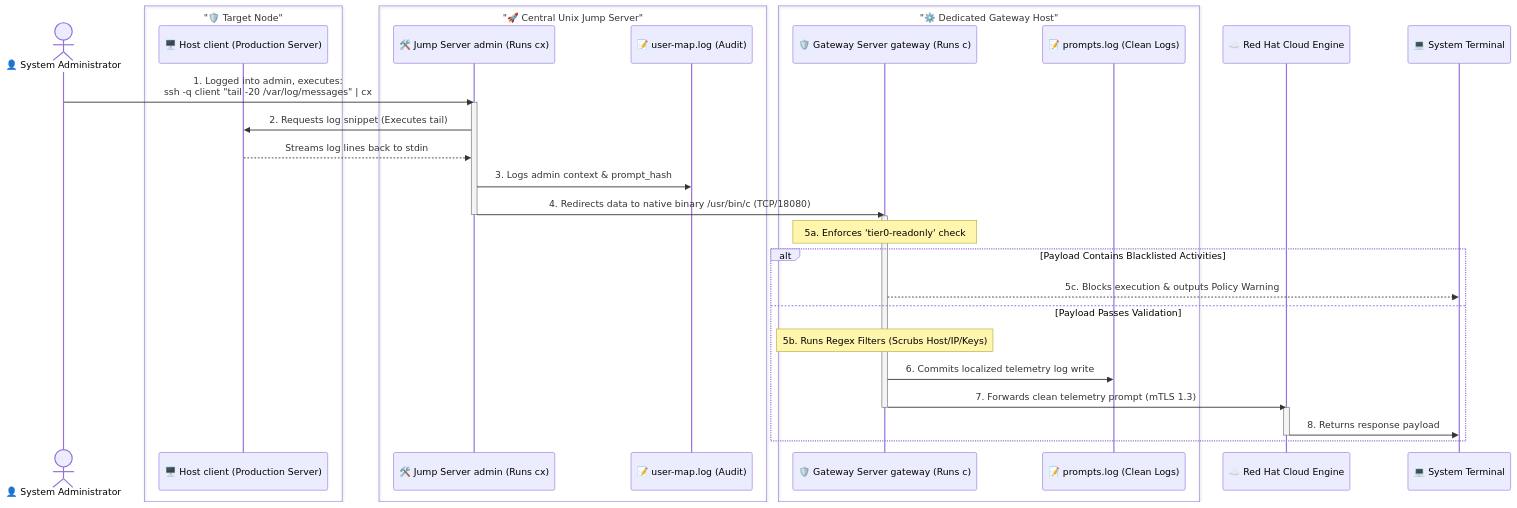
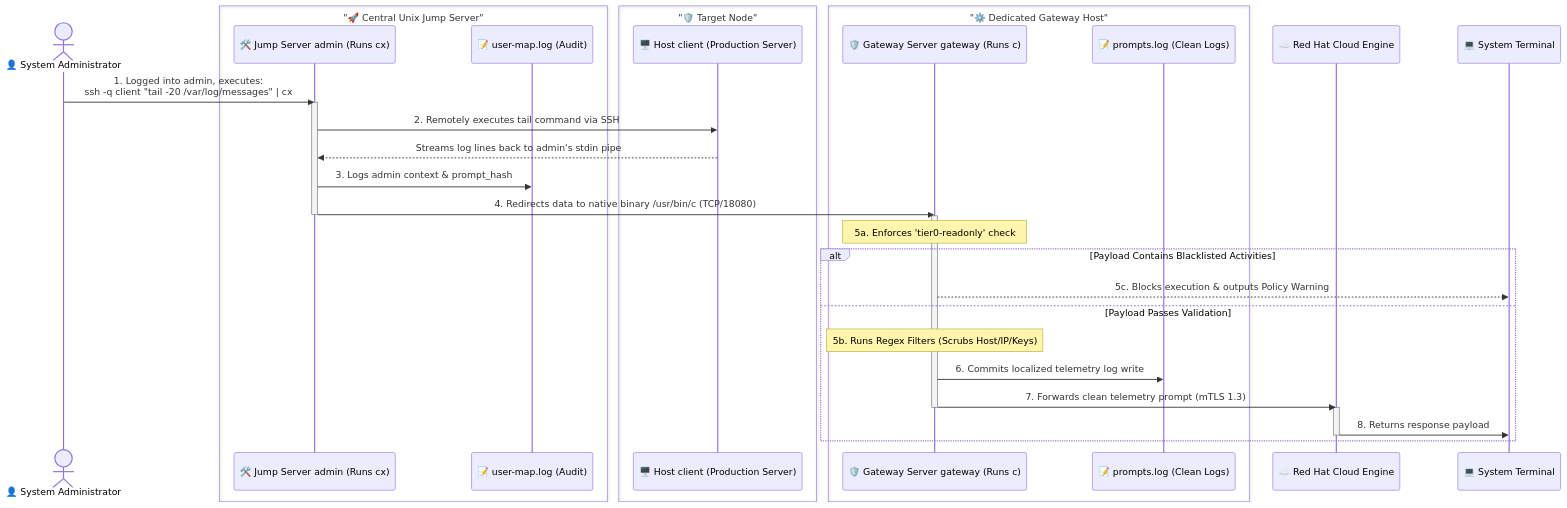
One commit to kumarj04/cla-gateway changed the diagram in future-arch.md. Above: the diagram before and after it, drawn with Mermaid.

Commit message:
Refactor sequence diagram for clarity and updates

````diff
--- a/future-arch.md
+++ b/future-arch.md
@@ -1,47 +1,49 @@
 ```mermaid
 sequenceDiagram
     actor AdminUser as 👤 System Administrator
     
-    box "🛡️ Target Node"
-        participant client as 🖥️ Host client (Production Server)
-    end
-    
     box "🚀 Central Unix Jump Server"
         participant admin as 🛠️ Jump Server admin (Runs cx)
         participant Log1 as 📝 user-map.log (Audit)
+    end
+
+    box "🛡️ Target Node"
+        participant client as 🖥️ Host client (Production Server)
     end
     
     box "⚙️ Dedicated Gateway Host"
         participant gateway as 🛡️ Gateway Server gateway (Runs c)
         participant Log2 as 📝 prompts.log (Clean Logs)
     end
     
     participant Cloud as ☁️ Red Hat Cloud Engine
     participant Term as 💻 System Terminal
 
+    %% Step 1 lands directly on admin, because that's where the user is logged in
     AdminUser->>admin: 1. Logged into admin, executes:<br>ssh -q client "tail -20 /var/log/messages" | cx
     activate admin
     
-    admin->>client: 2. Requests log snippet (Executes tail)
-    client-->>admin: Streams log lines back to stdin
+    %% admin then triggers the remote execution over to the client
+    admin->>client: 2. Remotely executes tail command via SSH
+    client-->>admin: Streams log lines back to admin's stdin pipe
     
     admin->>Log1: 3. Logs admin context & prompt_hash
     admin->>gateway: 4. Redirects data to native binary /usr/bin/c (TCP/18080)
     deactivate admin
     
     activate gateway
     Note over gateway: 5a. Enforces 'tier0-readonly' check
     
     alt Payload Contains Blacklisted Activities
         gateway-->>Term: 5c. Blocks execution & outputs Policy Warning
     else Payload Passes Validation
         Note over gateway: 5b. Runs Regex Filters (Scrubs Host/IP/Keys)
         gateway->>Log2: 6. Commits localized telemetry log write
         gateway->>Cloud: 7. Forwards clean telemetry prompt (mTLS 1.3)
         deactivate gateway
         
         activate Cloud
         Cloud->>Term: 8. Returns response payload
         deactivate Cloud
     end
 ```
````
